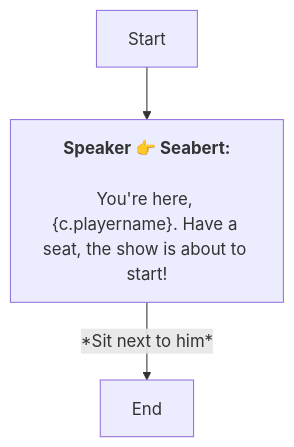
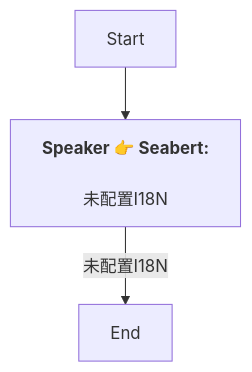
Before and after one commit to SoftHu/tos_avg: the diagram in En/QuestStartTalkENode_1753932806842204.md, drawn with Mermaid. The commit also changed 730 other files, not shown here.

````diff
--- a/En/QuestStartTalkENode_1753932806842204.md
+++ b/En/QuestStartTalkENode_1753932806842204.md
@@ -1,7 +1,7 @@
 ```mermaid
 graph
 Start -->1753932836608863[<b>Speaker 👉 Seabert:</b>
-\nYou're here, &lbrace;c.playername&rbrace;. Have a seat, the show is about to start!]
-1753932836608863 -->|*Sit next to him*|1753933123549030[End]
+\n未配置I18N]
+1753932836608863 -->|未配置I18N|1753933123549030[End]
 
 ```
````
